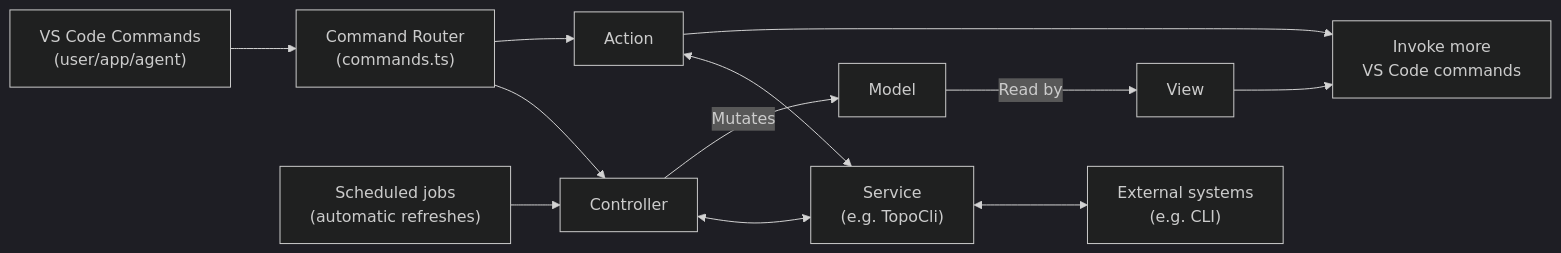
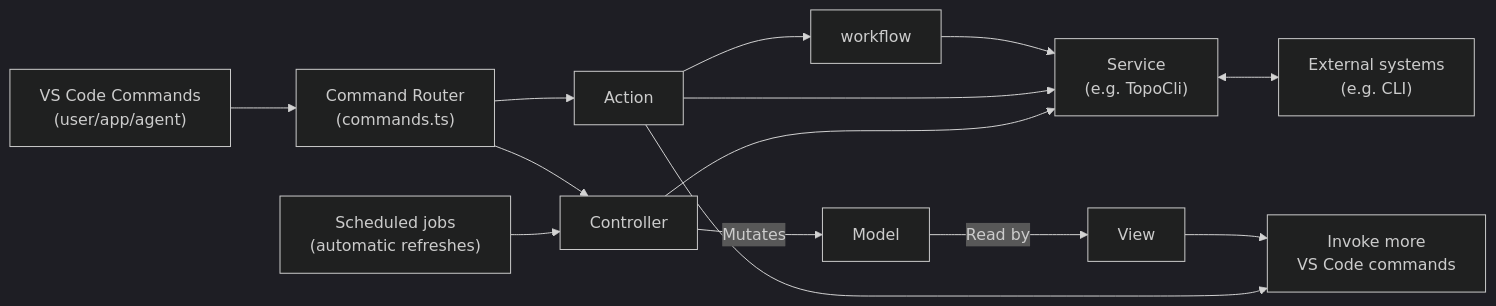
The diagram in docs/architecture.md (arm/vscode-topo), drawn with Mermaid (dark theme) before and after one commit. The commit also changed other lines of this file, not shown here.

Commit message:
Added workflows to architecture docs

````diff
--- a/docs/architecture.md
+++ b/docs/architecture.md
@@ -9,18 +9,20 @@
 ```mermaid
 flowchart LR
     vscode["VS Code Commands<br/>(user/app/agent)"] --> router["Command Router<br/>(commands.ts)"]
     scheduled["Scheduled jobs<br/>(automatic refreshes)"] --> controller
 
     router --> controller["Controller"]
     router --> action["Action"]
 
-    controller <--> service["Service<br/>(e.g. TopoCli)"]
-    action <--> service
+    controller --> service["Service<br/>(e.g. TopoCli)"]
+    action --> service
+    action --> workflow
+    workflow --> service
     service <--> outsideWorld["External systems<br/>(e.g. CLI)"]
 
     controller -->|Mutates| model["Model"]
     model -->|Read by| view["View"]
 
     action --> command["Invoke more<br/>VS Code commands"]
     view --> command
 ```
````
